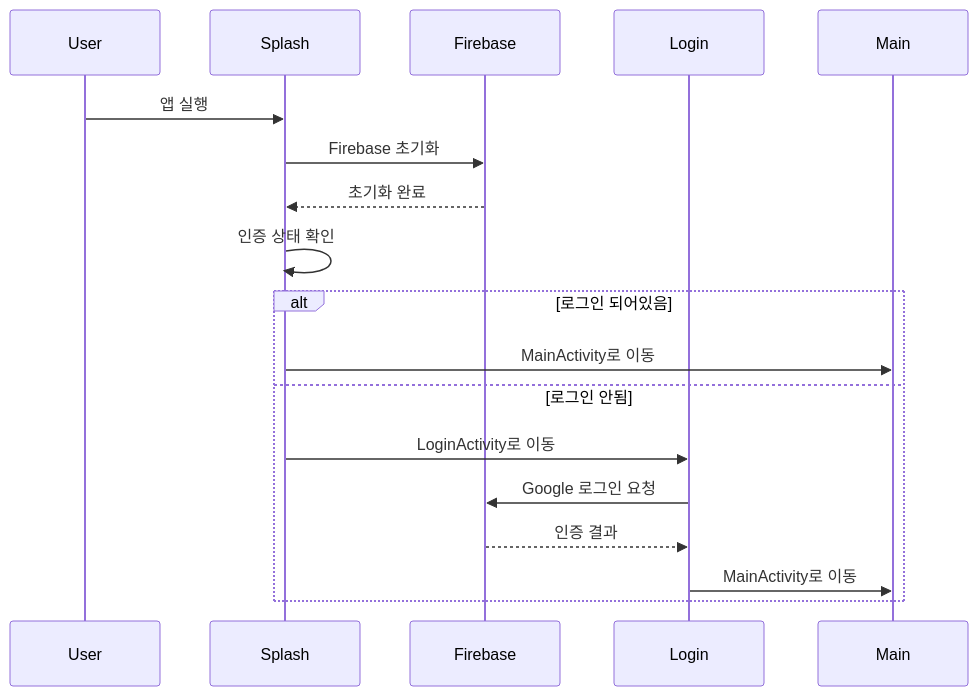
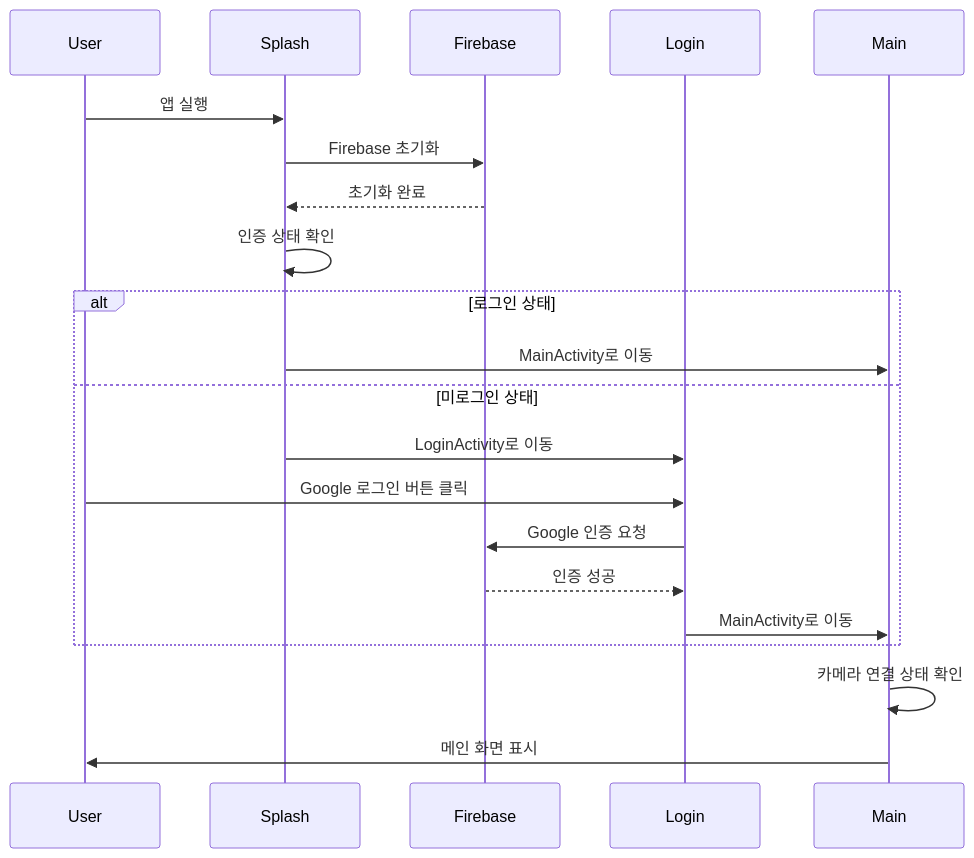
Before and after one commit to INI-K/CamCon_Pub: the second of 6 diagrams in README.md, drawn with Mermaid. The commit also changed other lines of this file and 5 other files, not shown here.

````diff
--- a/README.md
+++ b/README.md
@@ -185,22 +121,26 @@
 ```mermaid
 sequenceDiagram
     participant User
     participant Splash
     participant Firebase
     participant Login
     participant Main
     
     User->>Splash: 앱 실행
     Splash->>Firebase: Firebase 초기화
     Firebase-->>Splash: 초기화 완료
     Splash->>Splash: 인증 상태 확인
     
-    alt 로그인 되어있음
+    alt 로그인 상태
         Splash->>Main: MainActivity로 이동
-    else 로그인 안됨
+    else 미로그인 상태
         Splash->>Login: LoginActivity로 이동
-        Login->>Firebase: Google 로그인 요청
-        Firebase-->>Login: 인증 결과
+        User->>Login: Google 로그인 버튼 클릭
+        Login->>Firebase: Google 인증 요청
+        Firebase-->>Login: 인증 성공
         Login->>Main: MainActivity로 이동
     end
+    
+    Main->>Main: 카메라 연결 상태 확인
+    Main->>User: 메인 화면 표시
 ```
````
